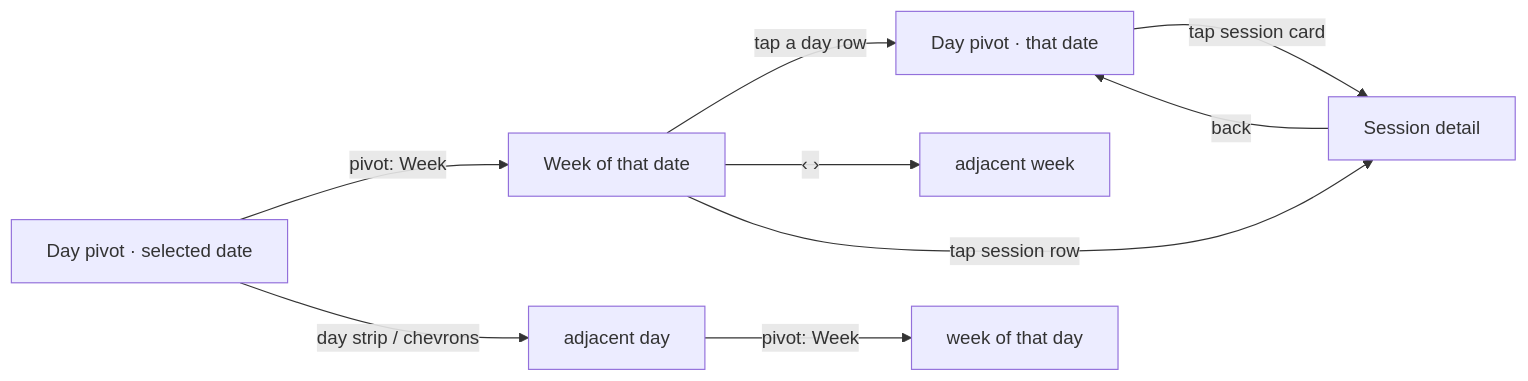
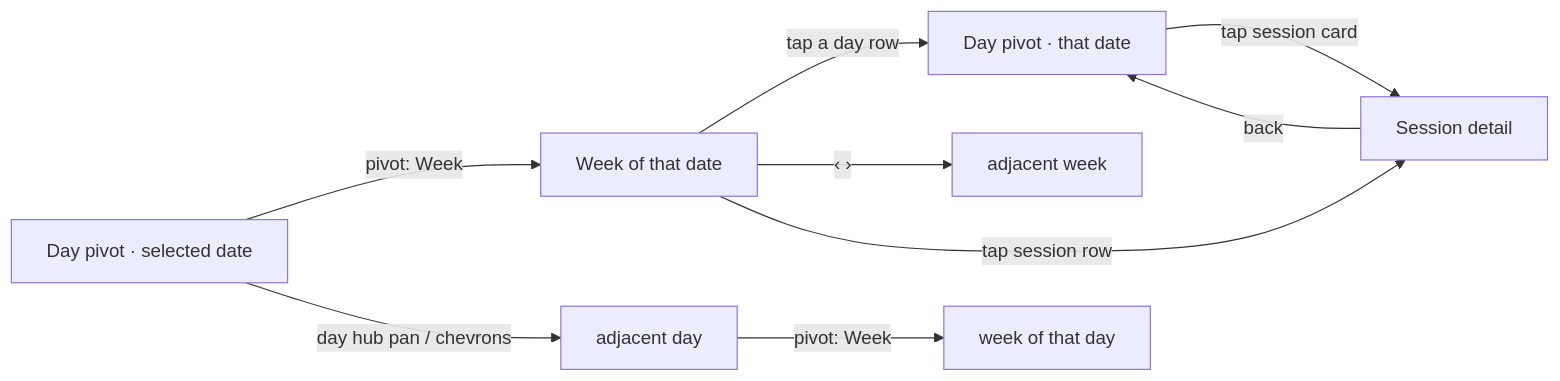
The fourth of 5 diagrams in docs/design/training-pwa-storyboards.md (AngelMunoz/Briple), drawn with Mermaid before and after one commit. The commit also changed other lines of this file and 8 other files, not shown here.

Commit message:
Implement slice 3b day hub; full-routine Today card criteria

````diff
--- a/docs/design/training-pwa-storyboards.md
+++ b/docs/design/training-pwa-storyboards.md
@@ -406,11 +413,11 @@
 ```mermaid
 flowchart LR
     D[Day pivot · selected date] -- "pivot: Week" --> W[Week of that date]
     W -- "tap a day row" --> D2[Day pivot · that date]
-    D -- "day strip / chevrons" --> D3[adjacent day]
+    D -- "day hub pan / chevrons" --> D3[adjacent day]
     W -- "‹ ›" --> W2[adjacent week]
     D3 -- "pivot: Week" --> W3[week of that day]
     D2 -- "tap session card" --> S[Session detail]
     W -- "tap session row" --> S
     S -- "back" --> D2
 ```
````
